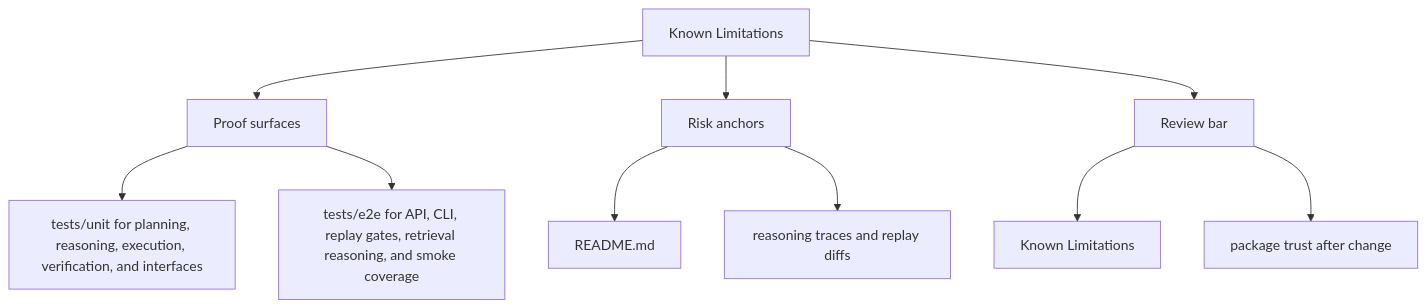
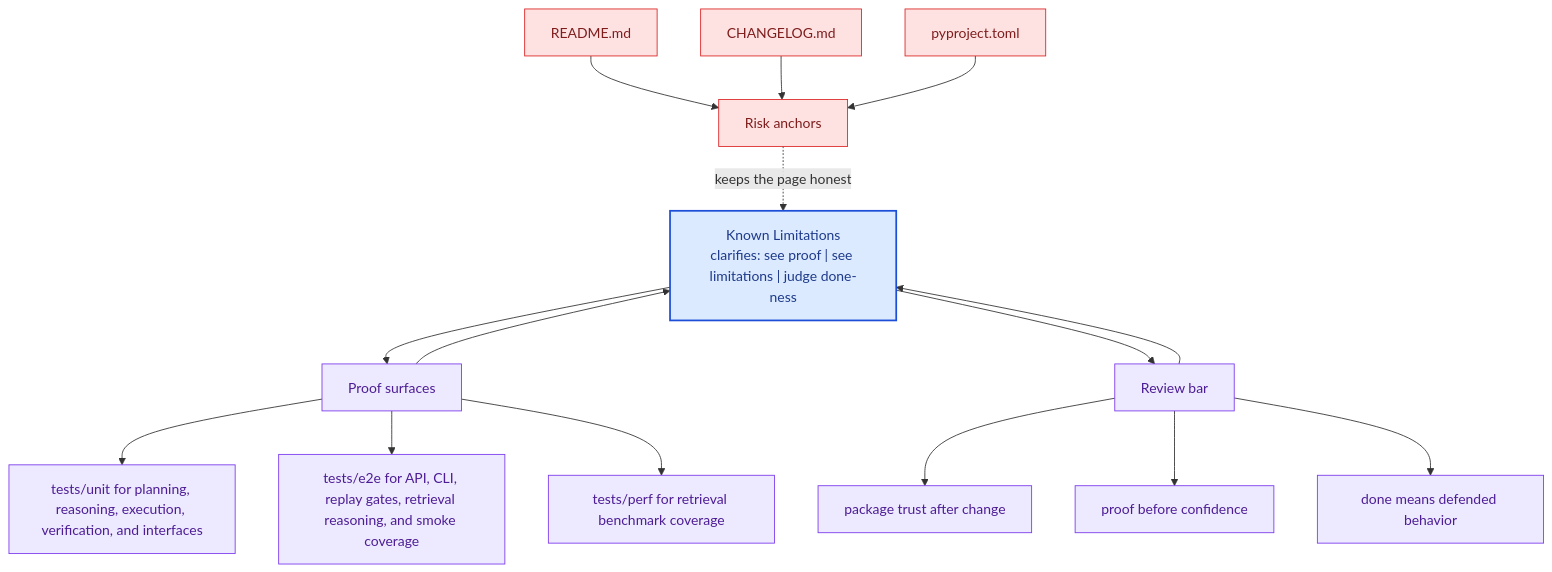
One commit to bijux/bijux-canon changed the second of 2 diagrams in docs/bijux-canon-reason/quality/known-limitations.md. Above: the diagram before and after it, drawn with Mermaid. The commit also changed other lines of this file and 281 other files, not shown here.

Commit message:
docs(diagrams): deepen handbook mermaid maps across the catalog

````diff
--- a/docs/bijux-canon-reason/quality/known-limitations.md
+++ b/docs/bijux-canon-reason/quality/known-limitations.md
@@ -34,22 +67,41 @@
 ```mermaid
-flowchart TD
-    page["Known Limitations"]
+flowchart TB
+    promise["Known Limitations<br/>clarifies: see proof | see limitations | judge done-ness"]
+    classDef promise fill:#dbeafe,stroke:#1d4ed8,color:#1e3a8a,stroke-width:2px;
+    classDef driver fill:#dcfce7,stroke:#16a34a,color:#14532d;
+    classDef constraint fill:#fee2e2,stroke:#dc2626,color:#7f1d1d;
+    classDef ground fill:#ede9fe,stroke:#7c3aed,color:#4c1d95;
     focus1["Proof surfaces"]
-    page --> focus1
+    focus1 --> promise
+    promise --> focus1
     focus1_1["tests/unit for planning, reasoning, execution, verification, and interfaces"]
     focus1 --> focus1_1
     focus1_2["tests/e2e for API, CLI, replay gates, retrieval reasoning, and smoke coverage"]
     focus1 --> focus1_2
+    focus1_3["tests/perf for retrieval benchmark coverage"]
+    focus1 --> focus1_3
+    class focus1 ground;
+    class focus1_1,focus1_2,focus1_3 ground;
     focus2["Risk anchors"]
-    page --> focus2
+    focus2 -.keeps the page honest.-> promise
     focus2_1["README.md"]
-    focus2 --> focus2_1
-    focus2_2["reasoning traces and replay diffs"]
-    focus2 --> focus2_2
+    focus2_1 --> focus2
+    focus2_2["CHANGELOG.md"]
+    focus2_2 --> focus2
+    focus2_3["pyproject.toml"]
+    focus2_3 --> focus2
+    class focus2 constraint;
+    class focus2_1,focus2_2,focus2_3 constraint;
     focus3["Review bar"]
-    page --> focus3
-    focus3_1["Known Limitations"]
+    focus3 --> promise
+    promise --> focus3
+    focus3_1["package trust after change"]
     focus3 --> focus3_1
-    focus3_2["package trust after change"]
+    focus3_2["proof before confidence"]
     focus3 --> focus3_2
+    focus3_3["done means defended behavior"]
+    focus3 --> focus3_3
+    class focus3 ground;
+    class focus3_1,focus3_2,focus3_3 ground;
+    class promise promise;
 ```
````
